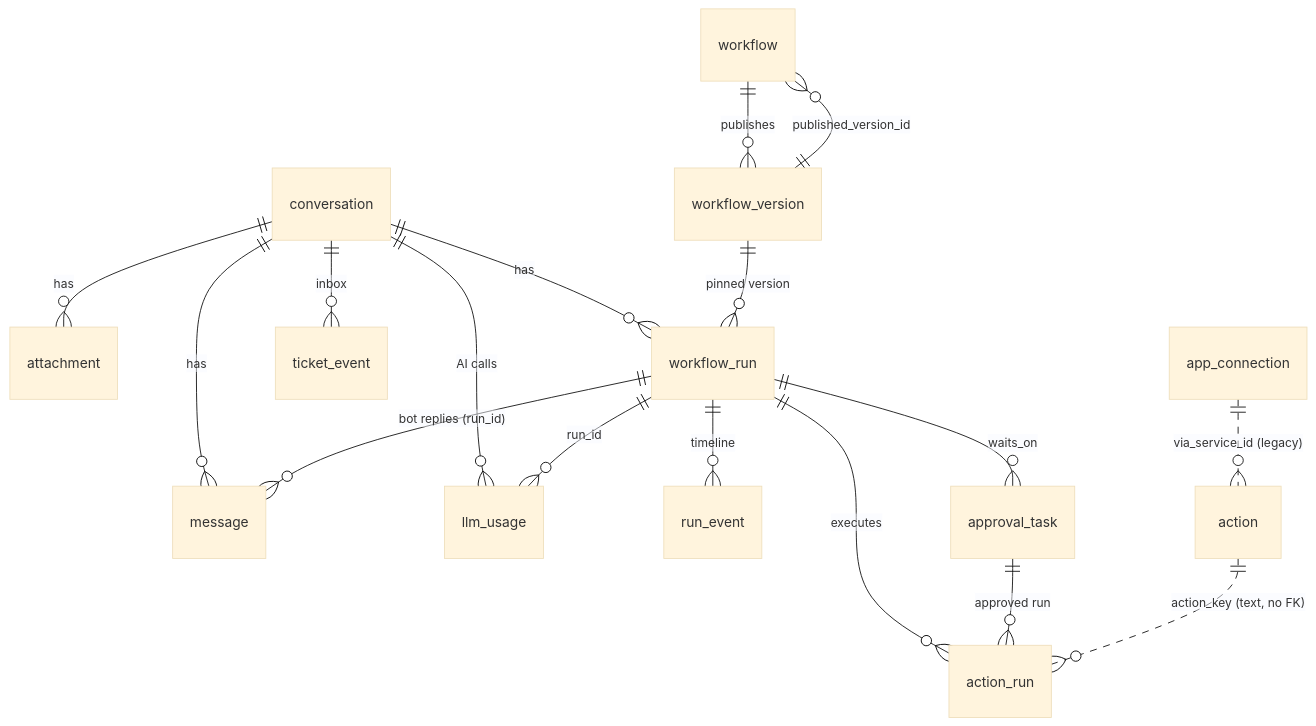
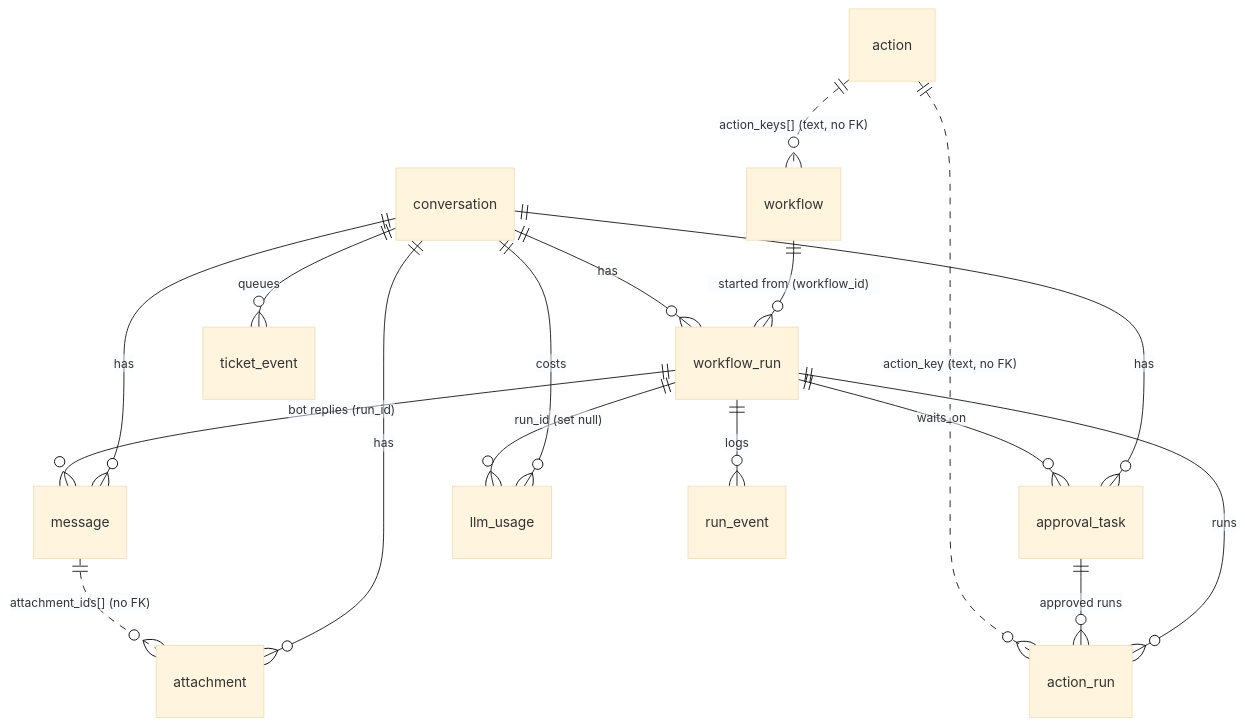
One commit to punit-walkover/workflow-poc-agentic changed the third of 9 diagrams in docs/FUNCTIONAL_DOCUMENTATION.md. Above: the diagram before and after it, drawn with Mermaid (base theme). The commit also changed other lines of this file and 3 other files, not shown here.

````diff
--- a/docs/FUNCTIONAL_DOCUMENTATION.md
+++ b/docs/FUNCTIONAL_DOCUMENTATION.md
@@ -344,19 +342,19 @@
 ```mermaid
 erDiagram
-  workflow ||--o{ workflow_version : "publishes"
-  workflow }o--|| workflow_version : "published_version_id"
+  workflow ||--o{ workflow_run : "started from (workflow_id)"
+  conversation ||--o{ workflow_run : has
   conversation ||--o{ message : has
   conversation ||--o{ attachment : has
-  conversation ||--o{ workflow_run : has
-  conversation ||--o{ ticket_event : "inbox"
-  conversation ||--o{ llm_usage : "AI calls"
-  workflow_version ||--o{ workflow_run : "pinned version"
-  workflow_run ||--o{ run_event : timeline
+  conversation ||--o{ approval_task : has
+  conversation ||--o{ ticket_event : queues
+  conversation ||--o{ llm_usage : costs
+  workflow_run ||--o{ run_event : logs
   workflow_run ||--o{ approval_task : waits_on
-  workflow_run ||--o{ action_run : executes
+  workflow_run ||--o{ action_run : runs
   workflow_run ||--o{ message : "bot replies (run_id)"
-  workflow_run ||--o{ llm_usage : "run_id"
-  approval_task ||--o{ action_run : "approved run"
+  workflow_run ||--o{ llm_usage : "run_id (set null)"
+  approval_task ||--o{ action_run : "approved runs"
   action ||..o{ action_run : "action_key (text, no FK)"
-  app_connection ||..o{ action : "via_service_id (legacy)"
+  action ||..o{ workflow : "action_keys[] (text, no FK)"
+  message ||..o{ attachment : "attachment_ids[] (no FK)"
 ```
````
